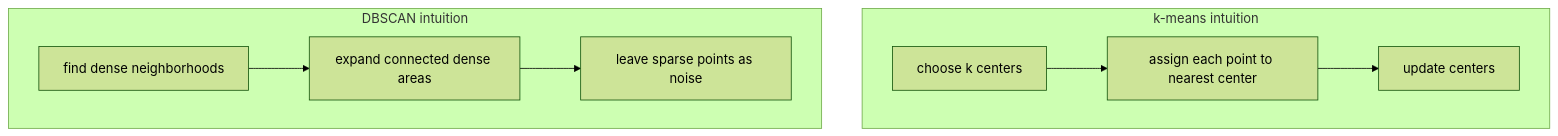
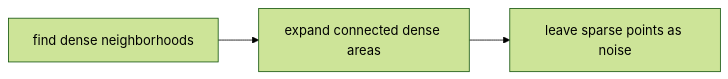
The fifth of 6 diagrams in docs/parts/part-04/chapter-17/section-01.md (devchan64/AiBook), drawn with Mermaid (forest theme) before and after one commit. The commit also changed other lines of this file and 102 other files, not shown here.

````diff
--- a/docs/parts/part-04/chapter-17/section-01.md
+++ b/docs/parts/part-04/chapter-17/section-01.md
@@ -237,16 +241,8 @@
 ```mermaid
-flowchart TB
-  subgraph K["k-means intuition"]
-    K1["choose k centers"]
-    K2["assign each point to nearest center"]
-    K3["update centers"]
-    K1 --> K2 --> K3
-  end
+flowchart LR
+  A["find dense neighborhoods"]
+  B["expand connected dense areas"]
+  C["leave sparse points as noise"]
 
-  subgraph D["DBSCAN intuition"]
-    D1["find dense neighborhoods"]
-    D2["expand connected dense areas"]
-    D3["leave sparse points as noise"]
-    D1 --> D2 --> D3
-  end
+  A --> B --> C
 ```
````
